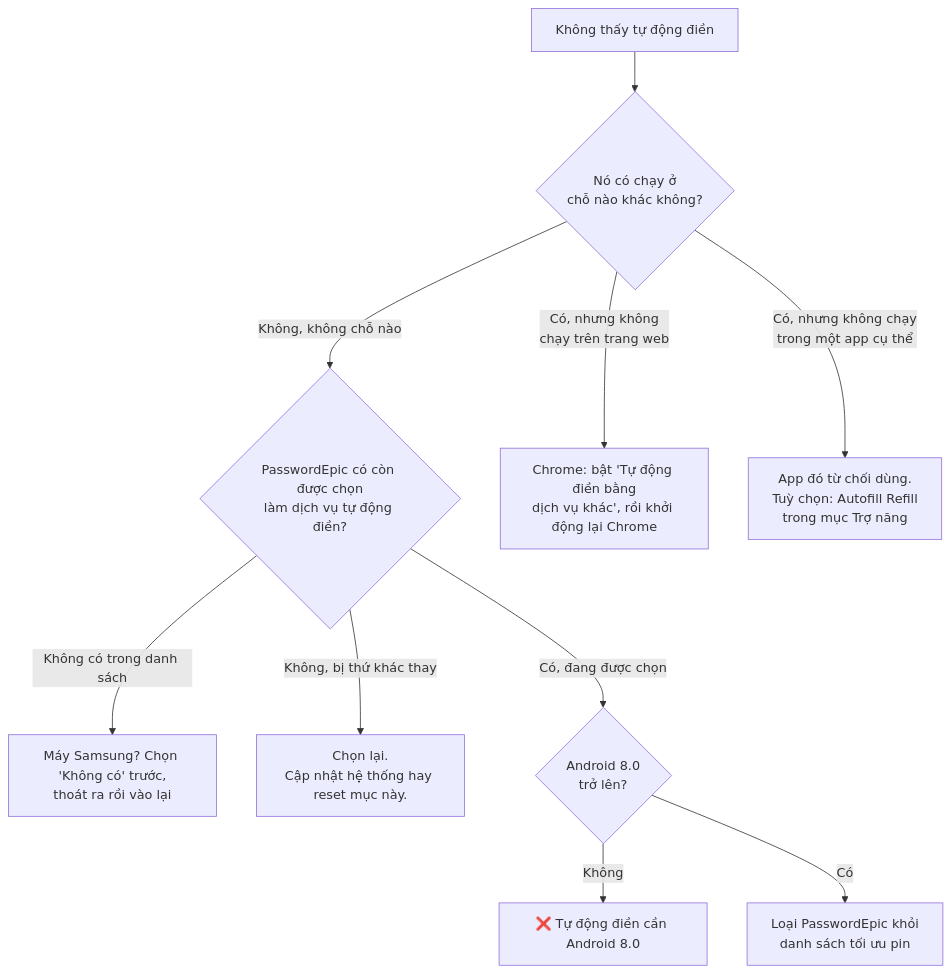
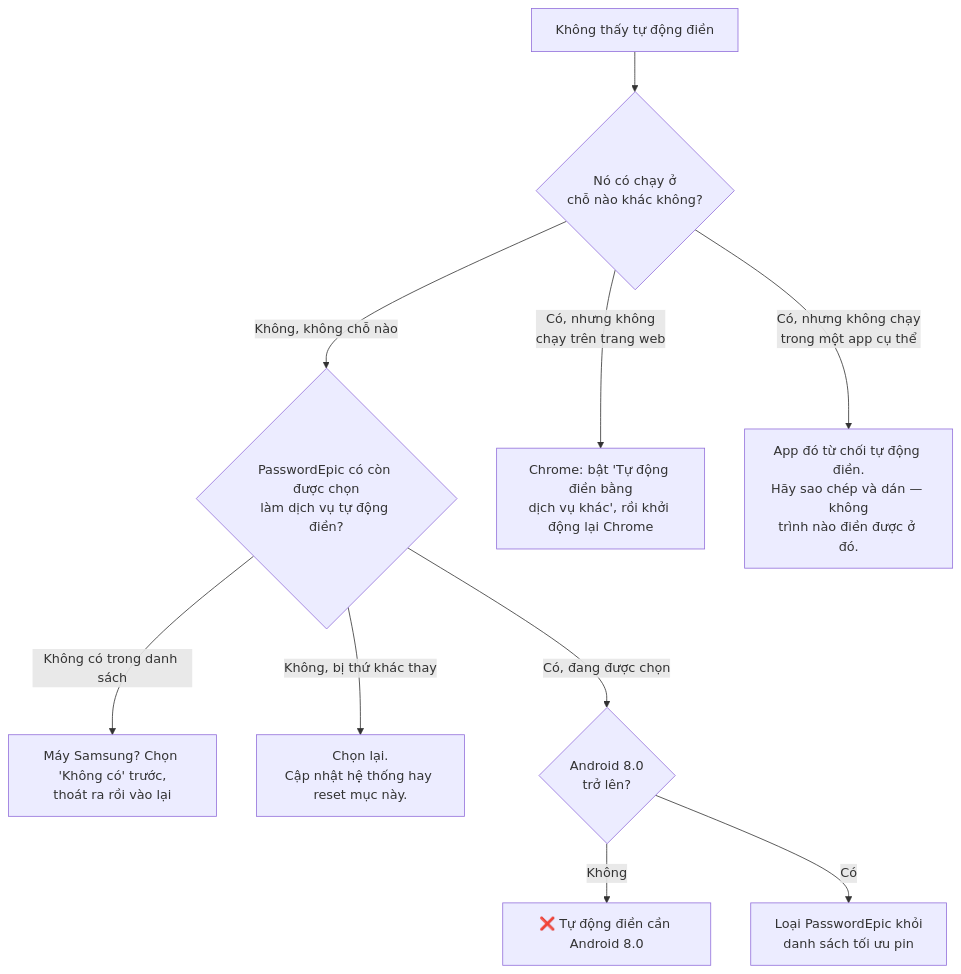
The first of 3 diagrams in i18n/vi/docusaurus-plugin-content-docs/current/faq.md (TuPhung369/passwordepic-website), drawn with Mermaid before and after one commit. The commit also changed other lines of this file and 3 other files, not shown here.

````diff
--- a/i18n/vi/docusaurus-plugin-content-docs/current/faq.md
+++ b/i18n/vi/docusaurus-plugin-content-docs/current/faq.md
@@ -22,12 +22,12 @@
 ```mermaid
 flowchart TD
   A["Không thấy tự động điền"] --> B{"Nó có chạy ở<br/>chỗ nào khác không?"}
   B -->|"Không, không chỗ nào"| C{"PasswordEpic có còn được chọn<br/>làm dịch vụ tự động điền?"}
   C -->|"Không có trong danh sách"| C1["Máy Samsung? Chọn 'Không có' trước,<br/>thoát ra rồi vào lại"]
   C -->|"Không, bị thứ khác thay"| C2["Chọn lại.<br/>Cập nhật hệ thống hay reset mục này."]
   C -->|"Có, đang được chọn"| D{"Android 8.0<br/>trở lên?"}
   D -->|"Không"| D1["❌ Tự động điền cần Android 8.0"]
   D -->|"Có"| D2["Loại PasswordEpic khỏi<br/>danh sách tối ưu pin"]
   B -->|"Có, nhưng không<br/>chạy trên trang web"| E["Chrome: bật 'Tự động điền bằng<br/>dịch vụ khác', rồi khởi động lại Chrome"]
-  B -->|"Có, nhưng không chạy<br/>trong một app cụ thể"| F["App đó từ chối dùng.<br/>Tuỳ chọn: Autofill Refill<br/>trong mục Trợ năng"]
+  B -->|"Có, nhưng không chạy<br/>trong một app cụ thể"| F["App đó từ chối tự động điền.<br/>Hãy sao chép và dán — không<br/>trình nào điền được ở đó."]
 ```
````
